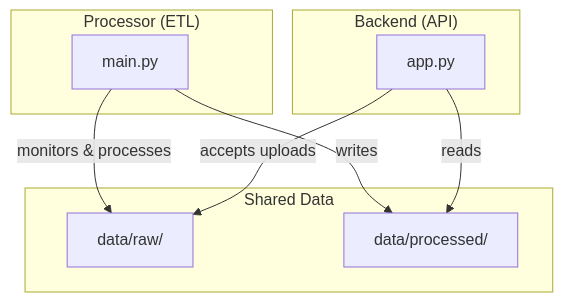
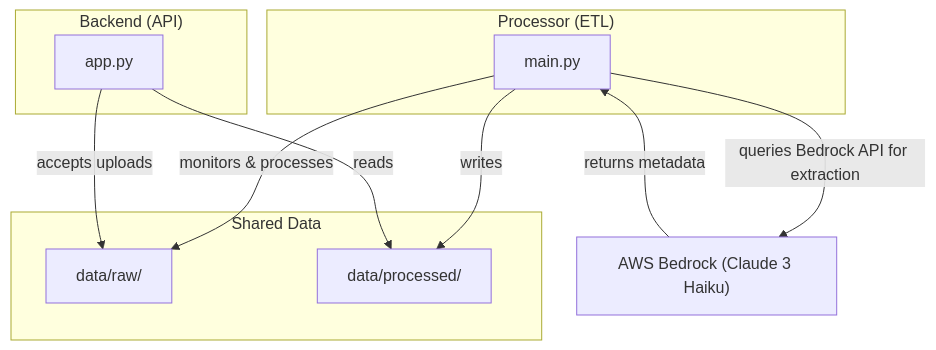
The third of 3 diagrams in docs/architecture.md (sudoblark/sudoblark.ai.bookshelf-demo), drawn with Mermaid before and after one commit. The commit also changed other lines of this file and 10 other files, not shown here.

Commit message:
Setup AWS Bedrock for LLM Inference

````diff
--- a/docs/architecture.md
+++ b/docs/architecture.md
@@ -61,20 +61,22 @@
 ```mermaid
 graph TB
     subgraph processor["Processor (ETL)"]
         main["main.py"]
     end
     
     subgraph backend["Backend (API)"]
         app["app.py"]
     end
     
     subgraph data["Shared Data"]
         raw["data/raw/"]
         processed["data/processed/"]
     end
     
     main -->|monitors & processes| raw
+    main -->|queries Bedrock API for extraction| processor_llm["AWS Bedrock (Claude 3 Haiku)"]
+    processor_llm -->|returns metadata| main
     main -->|writes| processed
     app -->|accepts uploads| raw
     app -->|reads| processed
 ```
````
